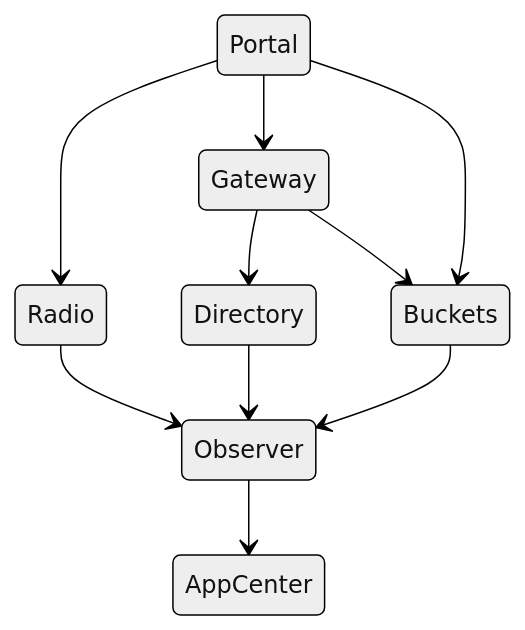
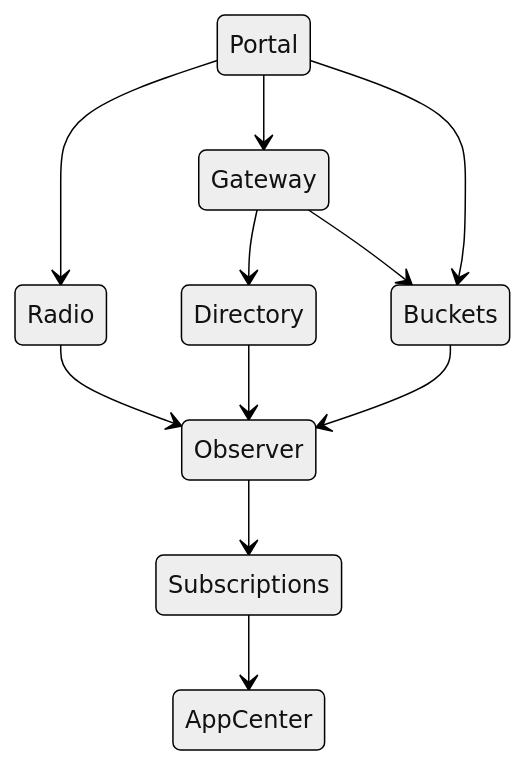
Before and after one commit to AiursoftWeb/Infra: the first of 2 diagrams in docs/design/structure.md, drawn with Mermaid (neutral theme). The commit also changed other lines of this file and 15 other files, not shown here.

````diff
--- a/docs/design/structure.md
+++ b/docs/design/structure.md
@@ -3,12 +3,13 @@
 ```mermaid
 stateDiagram-v2
     Portal --> Gateway
     Gateway --> Buckets
     Gateway --> Directory
     Radio --> Observer
     Portal --> Radio
     Portal --> Buckets
-    Observer --> AppCenter
+    Observer --> Subscriptions
+    Subscriptions --> AppCenter
     Directory --> Observer
     Buckets --> Observer
 ```
````
